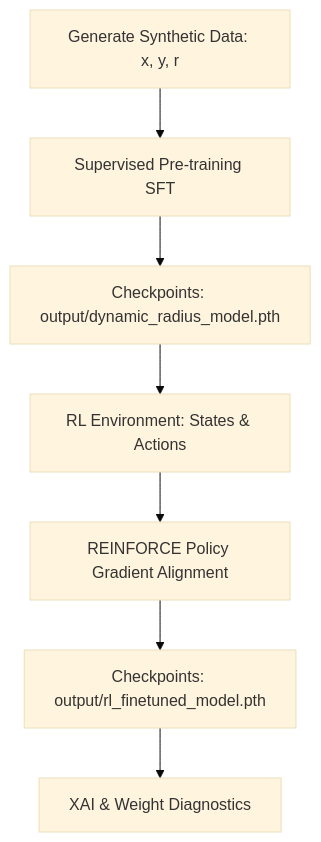
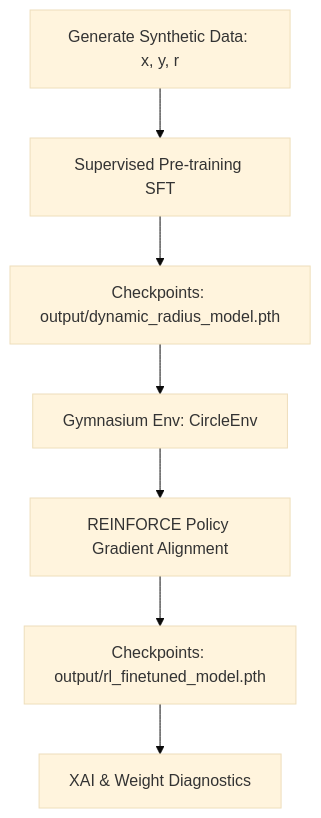
One commit to chamod-rashmith/dynamic-circle-rl-alignment changed the diagram in README.md. Above: the diagram before and after it, drawn with Mermaid (base theme).

Commit message:
docs: Update Mermaid diagram to show Gymnasium Env: CircleEnv

````diff
--- a/README.md
+++ b/README.md
@@ -45,9 +45,9 @@
 ```mermaid
 graph TD
     A[Generate Synthetic Data: x, y, r] --> B[Supervised Pre-training SFT]
     B --> C[Checkpoints: output/dynamic_radius_model.pth]
-    C --> D[RL Environment: States & Actions]
+    C --> D[Gymnasium Env: CircleEnv]
     D --> E[REINFORCE Policy Gradient Alignment]
     E --> F[Checkpoints: output/rl_finetuned_model.pth]
     F --> G[XAI & Weight Diagnostics]
 ```
````
